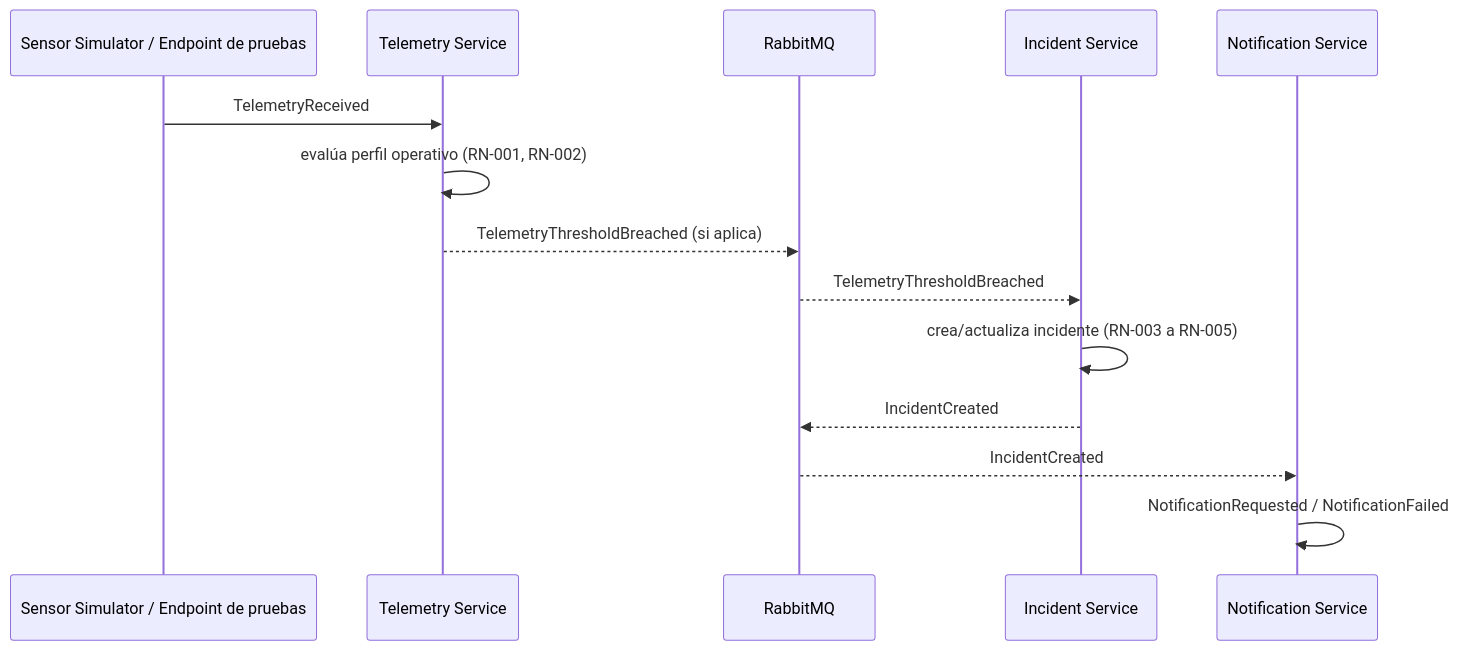
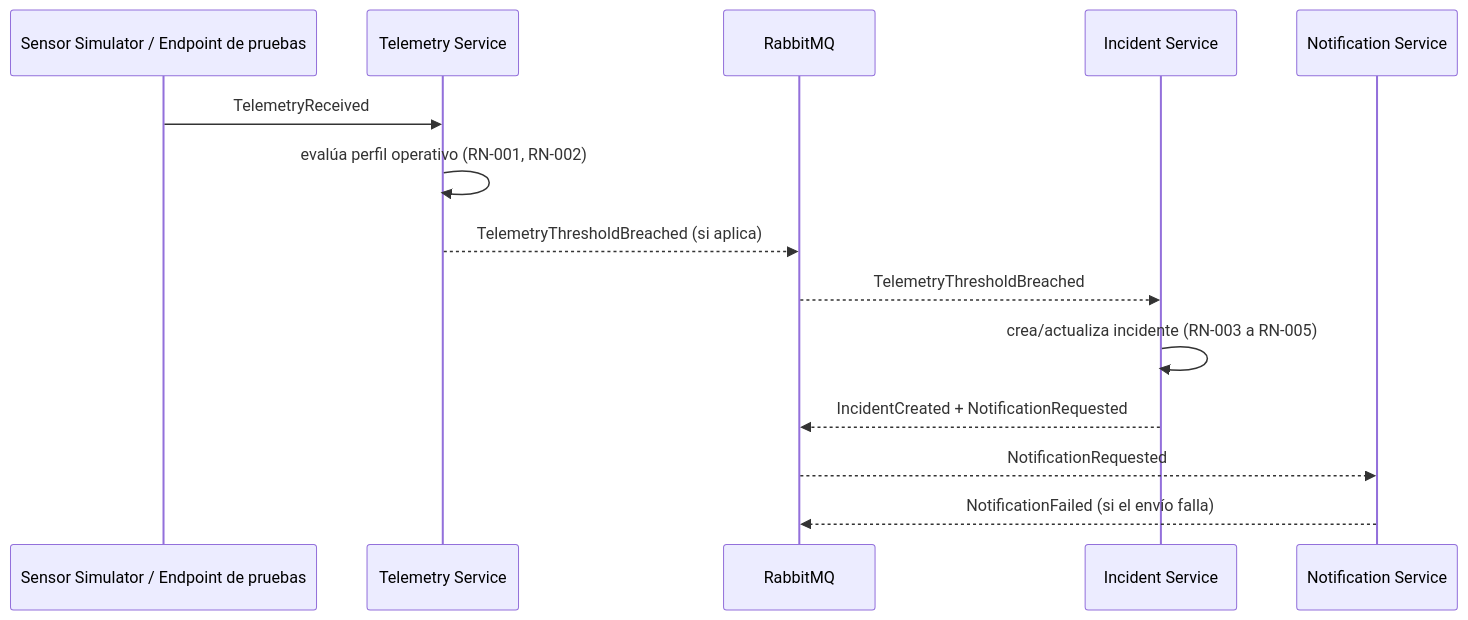
One commit to marcomiler/coldguard-platform changed the first of 4 diagrams in docs/architecture/event-flow.md. Above: the diagram before and after it, drawn with Mermaid. The commit also changed other lines of this file and 35 other files, not shown here.

First line of the commit message:
feat: add telemetry threshold breach event schema and gRPC contracts

````diff
--- a/docs/architecture/event-flow.md
+++ b/docs/architecture/event-flow.md
@@ -34,17 +34,17 @@
 ```mermaid
 sequenceDiagram
   participant Sim as Sensor Simulator / Endpoint de pruebas
   participant TS as Telemetry Service
   participant MQ as RabbitMQ
   participant IS as Incident Service
   participant NS as Notification Service
 
   Sim->>TS: TelemetryReceived
   TS->>TS: evalúa perfil operativo (RN-001, RN-002)
   TS-->>MQ: TelemetryThresholdBreached (si aplica)
   MQ-->>IS: TelemetryThresholdBreached
   IS->>IS: crea/actualiza incidente (RN-003 a RN-005)
-  IS-->>MQ: IncidentCreated
-  MQ-->>NS: IncidentCreated
-  NS->>NS: NotificationRequested / NotificationFailed
+  IS-->>MQ: IncidentCreated + NotificationRequested
+  MQ-->>NS: NotificationRequested
+  NS-->>MQ: NotificationFailed (si el envío falla)
 ```
````
